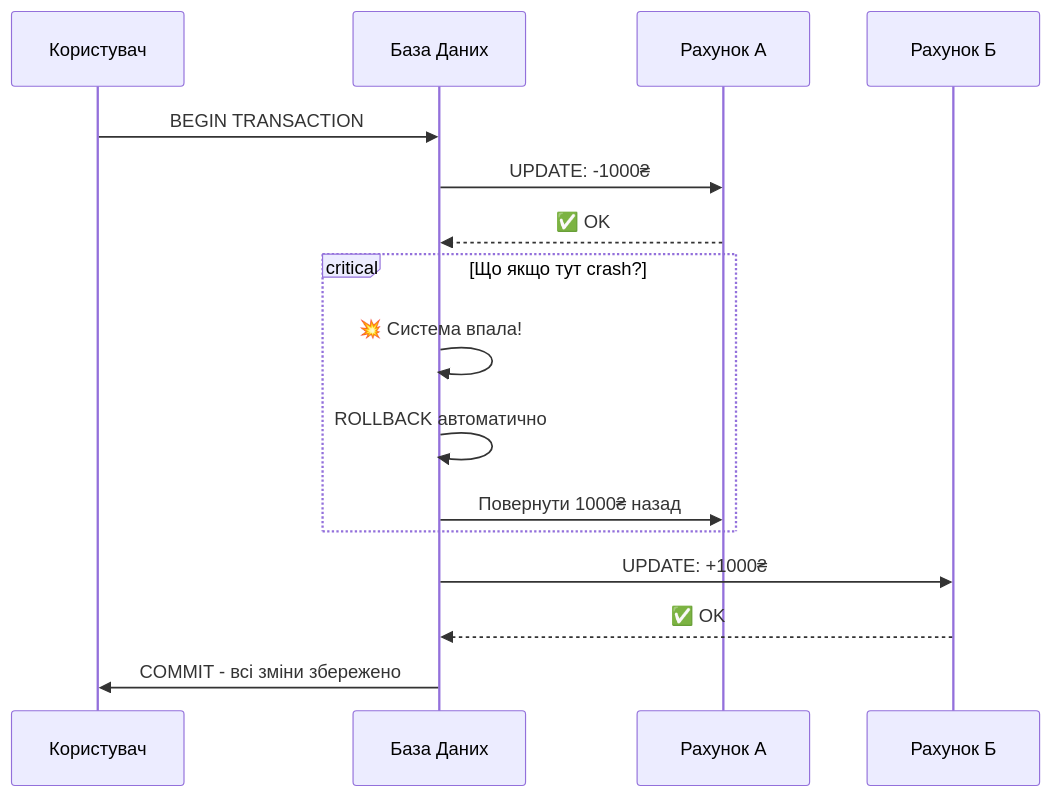
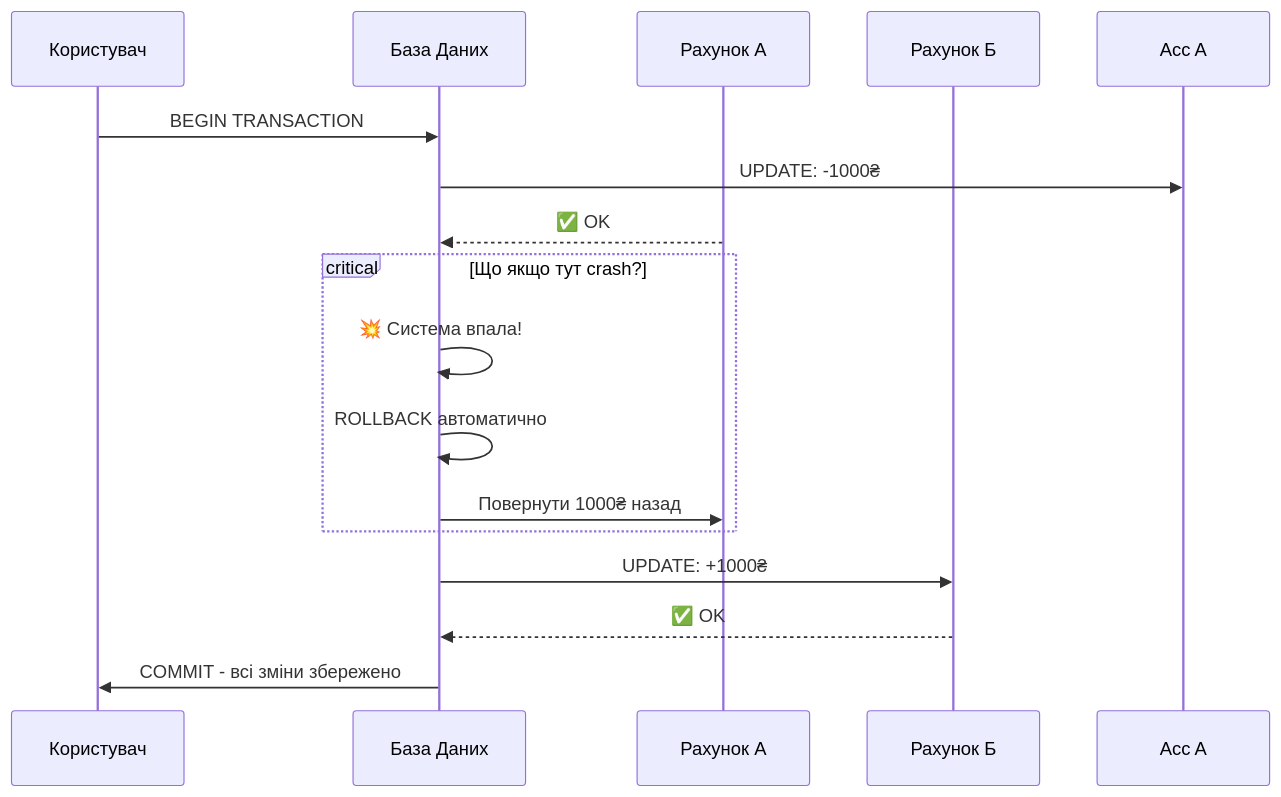
The diagram in content/06.databases/03.sql/07.transactions.md (arakviel/kostyl.dev), drawn with Mermaid before and after one commit. The commit also changed 25 other files, not shown here.

````diff
--- a/content/06.databases/03.sql/07.transactions.md
+++ b/content/06.databases/03.sql/07.transactions.md
@@ -19,21 +19,22 @@
 ```mermaid
 sequenceDiagram
-    participant User as Користувач
-    participant DB as База Даних
-    participant AccA as Рахунок А
-    participant AccB as Рахунок Б
+participant User as Користувач
+participant DB as База Даних
+participant AccA as Рахунок А
+participant AccB as Рахунок Б
 
     User->>DB: BEGIN TRANSACTION
-    DB->>AccA: UPDATE: -1000₴
+    DB->>Acc A: UPDATE: -1000₴
     AccA-->>DB: ✅ OK
 
     critical Що якщо тут crash?
         DB->>DB: 💥 Система впала!
         DB->>DB: ROLLBACK автоматично
         DB->>AccA: Повернути 1000₴ назад
     end
 
     DB->>AccB: UPDATE: +1000₴
     AccB-->>DB: ✅ OK
     DB->>User: COMMIT - всі зміни збережено
+
 ```
````
